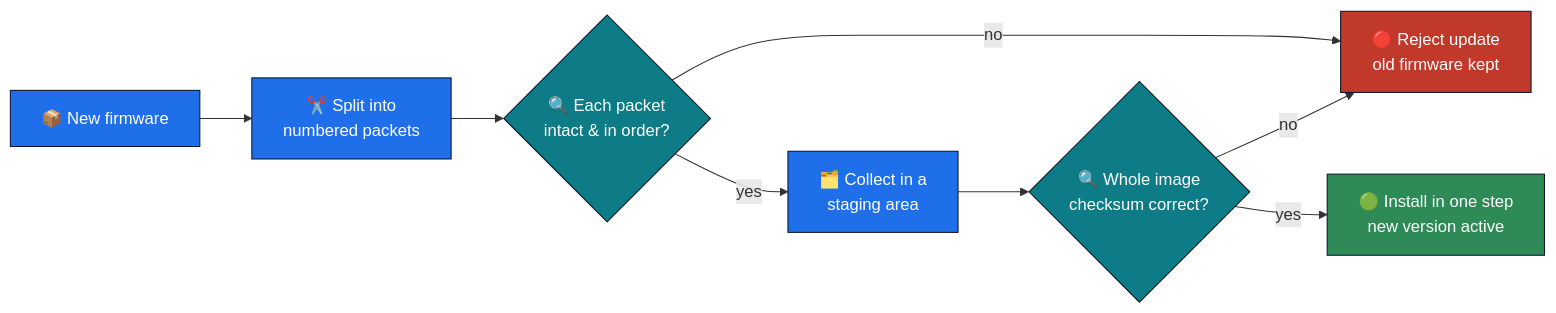
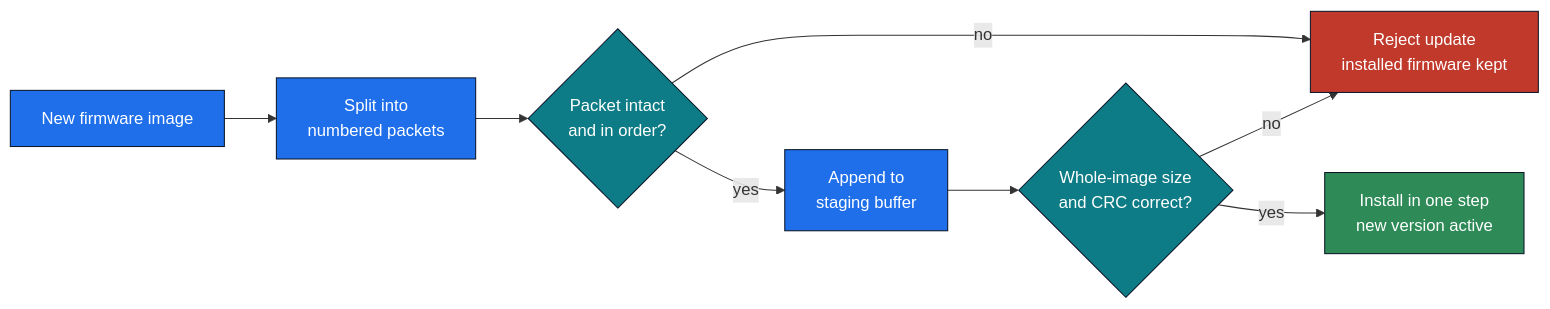
One commit to Joun-Mikhail/embedded-firmware-update-lab changed the first of 5 diagrams in README.md. Above: the diagram before and after it, drawn with Mermaid. The commit also changed other lines of this file and 1 other file, not shown here.

````diff
--- a/README.md
+++ b/README.md
@@ -114,19 +116,19 @@
 ```mermaid
 flowchart LR
-    A["📦 New firmware"] --> B["✂️ Split into<br/>numbered packets"]
-    B --> C{"🔍 Each packet<br/>intact & in order?"}
-    C -- no --> F["🔴 Reject update<br/>old firmware kept"]
-    C -- yes --> D["🗂️ Collect in a<br/>staging area"]
-    D --> E{"🔍 Whole image<br/>checksum correct?"}
+    A["New firmware image"] --> B["Split into<br/>numbered packets"]
+    B --> C{"Packet intact<br/>and in order?"}
+    C -- no --> F["Reject update<br/>installed firmware kept"]
+    C -- yes --> D["Append to<br/>staging buffer"]
+    D --> E{"Whole-image size<br/>and CRC correct?"}
     E -- no --> F
-    E -- yes --> G["🟢 Install in one step<br/>new version active"]
+    E -- yes --> G["Install in one step<br/>new version active"]
 
     classDef ok fill:#2E8B57,stroke:#0B1628,color:#ffffff
     classDef bad fill:#C0392B,stroke:#0B1628,color:#ffffff
     classDef step fill:#1F6FEB,stroke:#0B1628,color:#ffffff
     classDef check fill:#0E7C86,stroke:#0B1628,color:#ffffff
     class A,B,D step
     class C,E check
     class F bad
     class G ok
 ```
````
